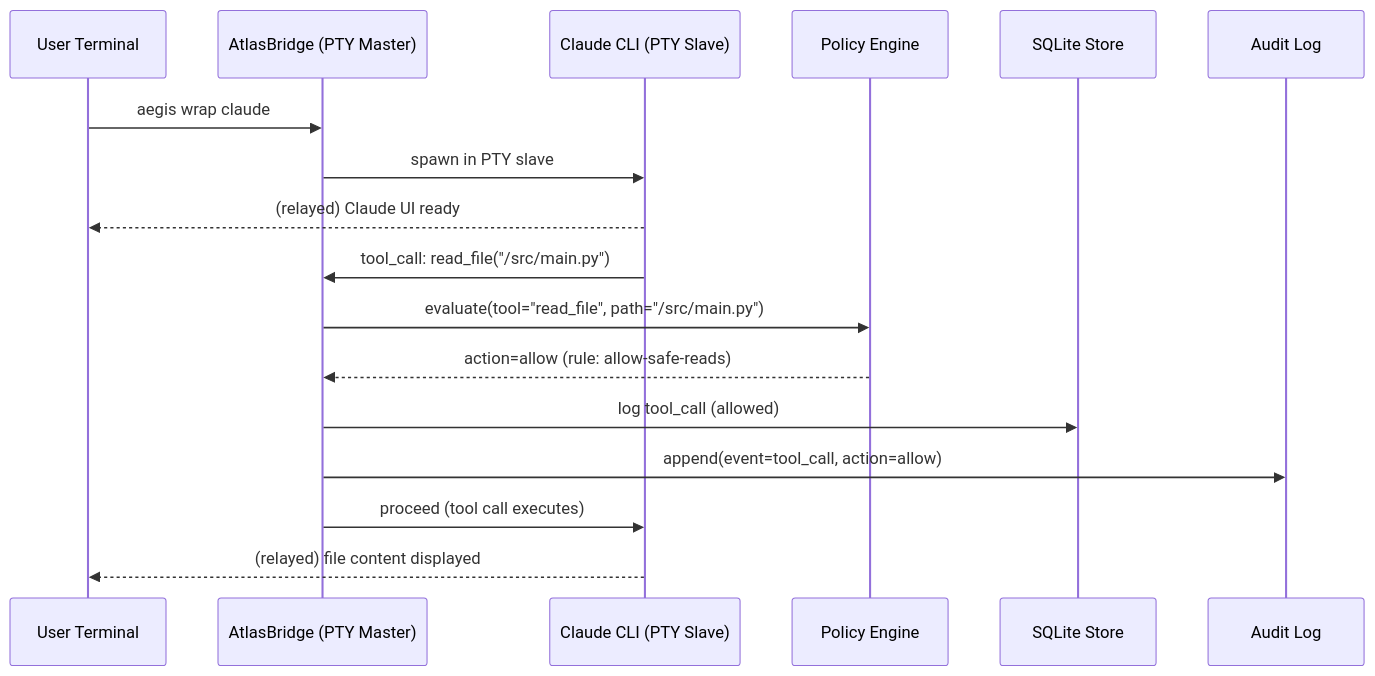
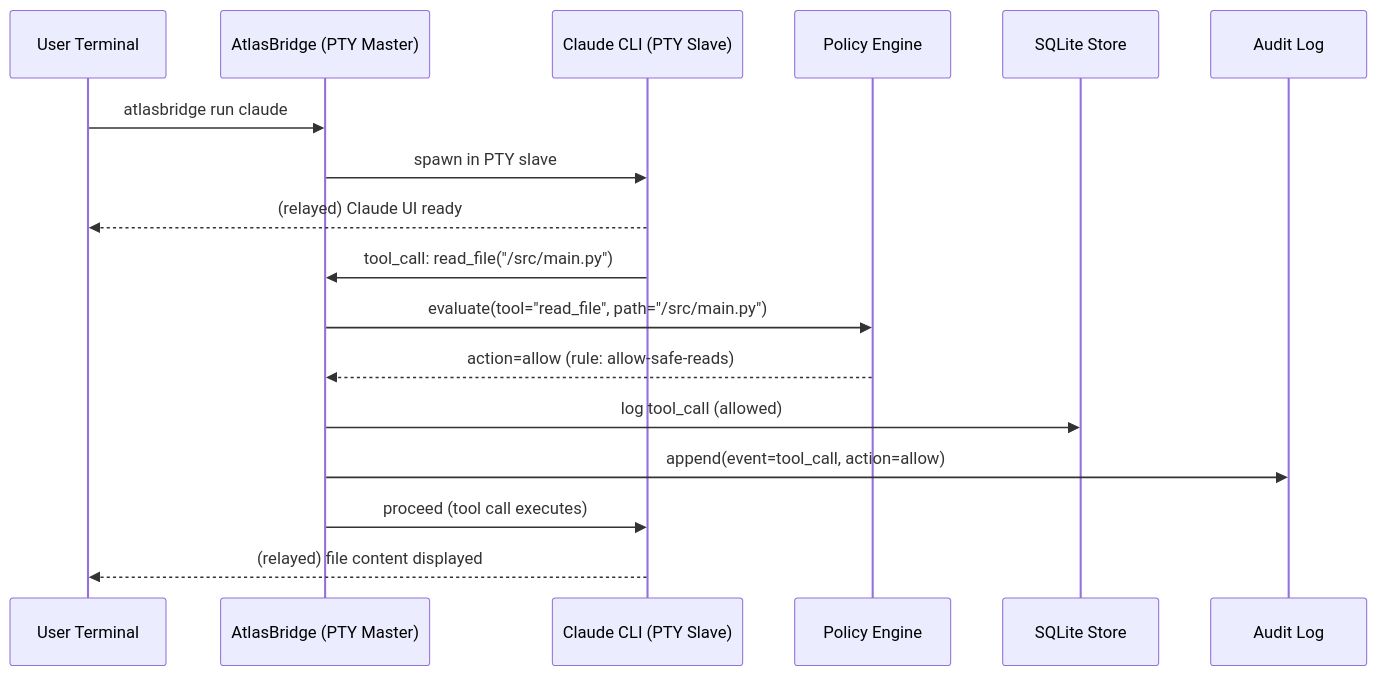
One commit to abdulraoufatia/aegis-cli changed the first of 8 diagrams in docs/tool-interception-design.md. Above: the diagram before and after it, drawn with Mermaid. The commit also changed other lines of this file and 42 other files, not shown here.

First line of the commit message:
chore: rename aegis to atlasbridge across entire repo (#31)

````diff
--- a/docs/tool-interception-design.md
+++ b/docs/tool-interception-design.md
@@ -146,21 +146,21 @@
 ```mermaid
 sequenceDiagram
     participant U as User Terminal
     participant A as AtlasBridge (PTY Master)
     participant C as Claude CLI (PTY Slave)
     participant P as Policy Engine
     participant DB as SQLite Store
     participant AL as Audit Log
 
-    U->>A: aegis wrap claude
+    U->>A: atlasbridge run claude
     A->>C: spawn in PTY slave
     C-->>U: (relayed) Claude UI ready
 
     C->>A: tool_call: read_file("/src/main.py")
     A->>P: evaluate(tool="read_file", path="/src/main.py")
     P-->>A: action=allow (rule: allow-safe-reads)
     A->>DB: log tool_call (allowed)
     A->>AL: append(event=tool_call, action=allow)
     A->>C: proceed (tool call executes)
     C-->>U: (relayed) file content displayed
 ```
````
